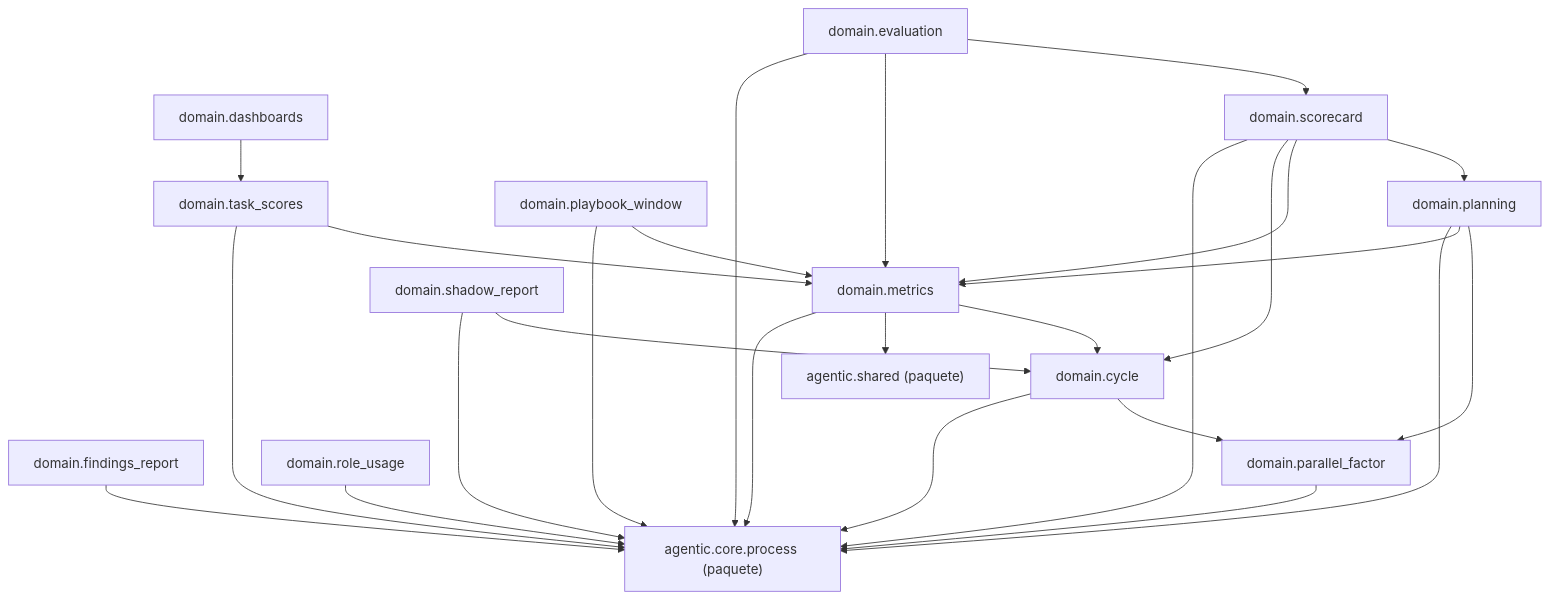
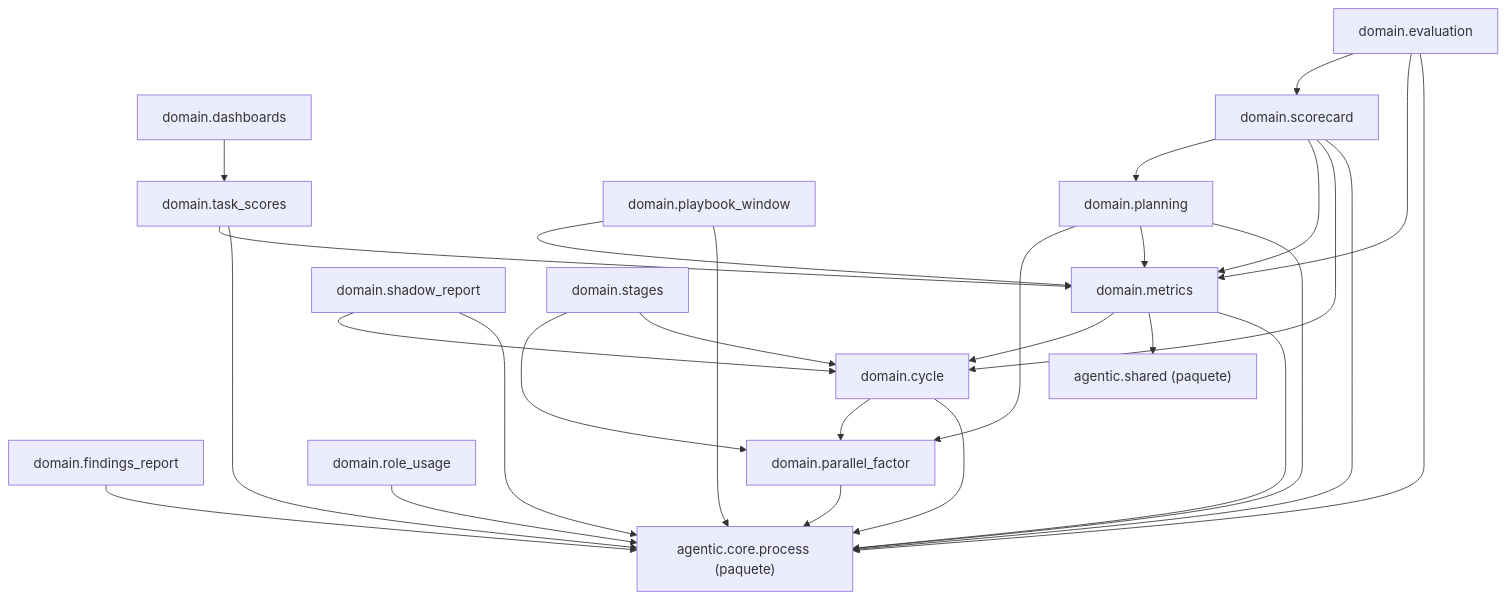
Before and after one commit to GonzaloZevallos/agentic-system: the diagram in docs/architecture/generated/packages-measurement-domain.md, drawn with Mermaid. The commit also changed 9 other files, not shown here.

````diff
--- a/docs/architecture/generated/packages-measurement-domain.md
+++ b/docs/architecture/generated/packages-measurement-domain.md
@@ -8,42 +8,45 @@
 ```mermaid
 graph TD
     g_pkg__agentic__core__process["agentic.core.process (paquete)"]
     g_pkg__agentic__shared["agentic.shared (paquete)"]
     m_domain__cycle["domain.cycle"]
     m_domain__dashboards["domain.dashboards"]
     m_domain__evaluation["domain.evaluation"]
     m_domain__findings_report["domain.findings_report"]
     m_domain__metrics["domain.metrics"]
     m_domain__parallel_factor["domain.parallel_factor"]
     m_domain__planning["domain.planning"]
     m_domain__playbook_window["domain.playbook_window"]
     m_domain__role_usage["domain.role_usage"]
     m_domain__scorecard["domain.scorecard"]
     m_domain__shadow_report["domain.shadow_report"]
+    m_domain__stages["domain.stages"]
     m_domain__task_scores["domain.task_scores"]
     m_domain__cycle --> g_pkg__agentic__core__process
     m_domain__cycle --> m_domain__parallel_factor
     m_domain__dashboards --> m_domain__task_scores
     m_domain__evaluation --> g_pkg__agentic__core__process
     m_domain__evaluation --> m_domain__metrics
     m_domain__evaluation --> m_domain__scorecard
     m_domain__findings_report --> g_pkg__agentic__core__process
     m_domain__metrics --> g_pkg__agentic__core__process
     m_domain__metrics --> g_pkg__agentic__shared
     m_domain__metrics --> m_domain__cycle
     m_domain__parallel_factor --> g_pkg__agentic__core__process
     m_domain__planning --> g_pkg__agentic__core__process
     m_domain__planning --> m_domain__metrics
     m_domain__planning --> m_domain__parallel_factor
     m_domain__playbook_window --> g_pkg__agentic__core__process
     m_domain__playbook_window --> m_domain__metrics
     m_domain__role_usage --> g_pkg__agentic__core__process
     m_domain__scorecard --> g_pkg__agentic__core__process
     m_domain__scorecard --> m_domain__cycle
     m_domain__scorecard --> m_domain__metrics
     m_domain__scorecard --> m_domain__planning
     m_domain__shadow_report --> g_pkg__agentic__core__process
     m_domain__shadow_report --> m_domain__cycle
+    m_domain__stages --> m_domain__cycle
+    m_domain__stages --> m_domain__parallel_factor
     m_domain__task_scores --> g_pkg__agentic__core__process
     m_domain__task_scores --> m_domain__metrics
 ```
````
